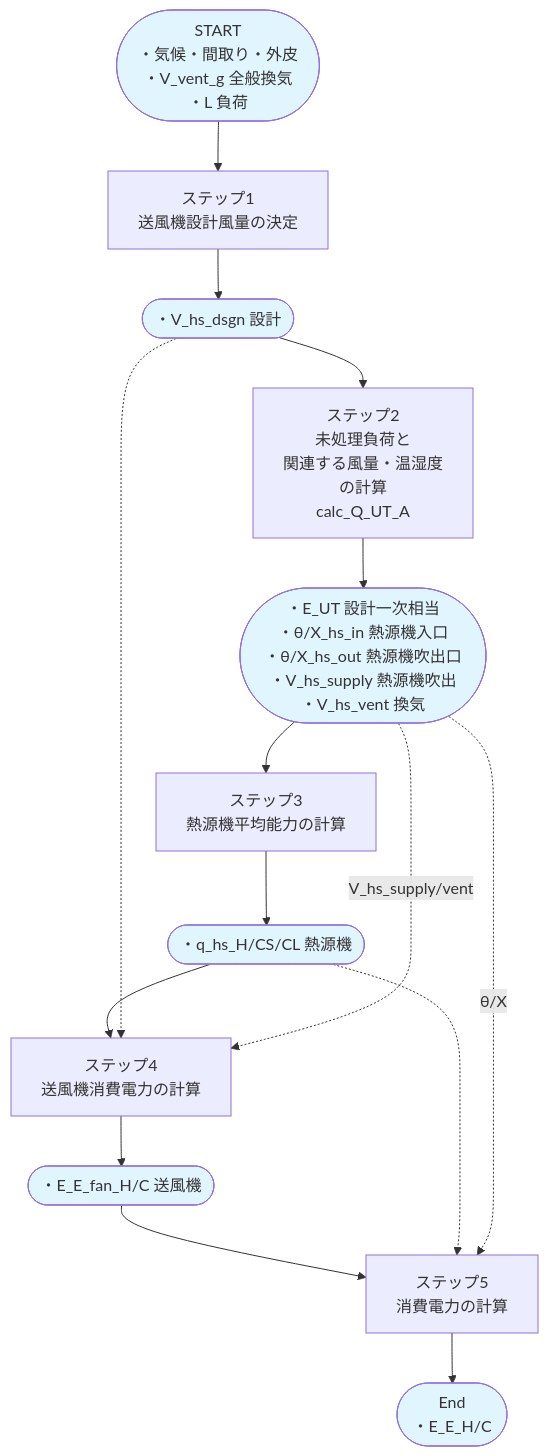
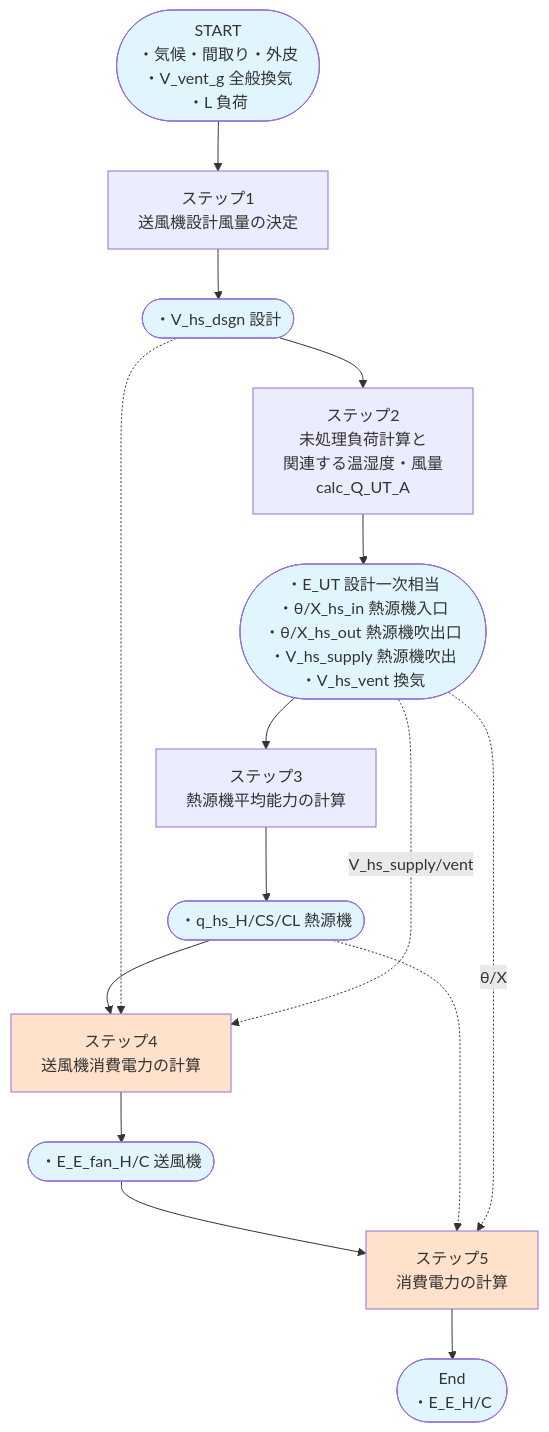
Before and after one commit to izumi-system-development/pyhees-jjj: the first of 6 diagrams in src/docs/プロセスモデル_消費電力計算_標準.md, drawn with Mermaid. The commit also changed other lines of this file, not shown here.

````diff
--- a/src/docs/プロセスモデル_消費電力計算_標準.md
+++ b/src/docs/プロセスモデル_消費電力計算_標準.md
@@ -14,34 +27,39 @@
 ```mermaid
 flowchart TD
 
 Start([START<br/>・気候・間取り・外皮<br/>・V_vent_g 全般換気<br/>・L 負荷]) --> Step1[ステップ1<br/>送風機設計風量の決定]
 
 Step1 --> V_dsgn([・V_hs_dsgn 設計])
 
-V_dsgn --> Step2[ステップ2<br/>未処理負荷と<br/>関連する風量・温湿度<br/>の計算<br/>calc_Q_UT_A]
+V_dsgn --> Step2[ステップ2<br/>未処理負荷計算と<br/>関連する温湿度・風量<br/>calc_Q_UT_A]
 
 Step2 --> Vars([・E_UT 設計一次相当<br/>・θ/X_hs_in 熱源機入口<br/>・θ/X_hs_out 熱源機吹出口<br/>・V_hs_supply 熱源機吹出<br/>・V_hs_vent 換気])
 
 Vars --> Step3[ステップ3<br/>熱源機平均能力の計算]
 
 Step3 --> Q_hs([・q_hs_H/CS/CL 熱源機])
 
 Q_hs --> Step4[ステップ4<br/>送風機消費電力の計算]
 V_dsgn -.-> Step4
 Vars -.V_hs_supply/vent.-> Step4
 
 Step4 --> E_fan([・E_E_fan_H/C 送風機])
 
 E_fan --> Step5[ステップ5<br/>消費電力の計算]
 Q_hs -.-> Step5
 Vars -.θ/X.-> Step5
 
+style Step4 fill:#ffe1cc
+style Step5 fill:#ffe1cc
+
 Step5 --> End([End<br/>・E_E_H/C])
 
 style Start fill:#e1f5ff
 style V_dsgn fill:#e1f5ff
 style Vars fill:#e1f5ff
 style Q_hs fill:#e1f5ff
 style E_fan fill:#e1f5ff
 style End fill:#e1f5ff
+style Step4 fill:#ffe1cc
+style Step5 fill:#ffe1cc
 ```
````
